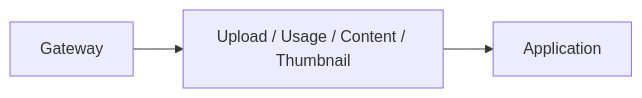
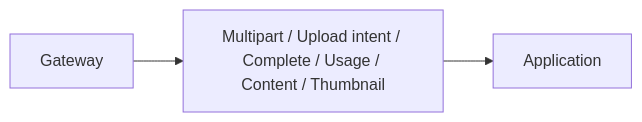
One commit to Minhduc7904/MiniProjectTrainingKaopiz changed the diagram in ducnm3/docs/architecture/backend/media-service/details/api.md. Above: the diagram before and after it, drawn with Mermaid. The commit also changed other lines of this file and 289 other files, not shown here.

````diff
--- a/ducnm3/docs/architecture/backend/media-service/details/api.md
+++ b/ducnm3/docs/architecture/backend/media-service/details/api.md
@@ -9,5 +9,5 @@
 ```mermaid
 flowchart LR
-  Gateway --> Endpoints[Upload / Usage / Content / Thumbnail]
+  Gateway --> Endpoints[Multipart / Upload intent / Complete / Usage / Content / Thumbnail]
   Endpoints --> App[Application]
 ```
````
